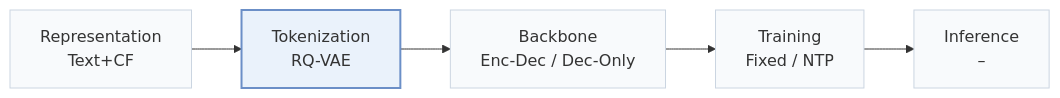
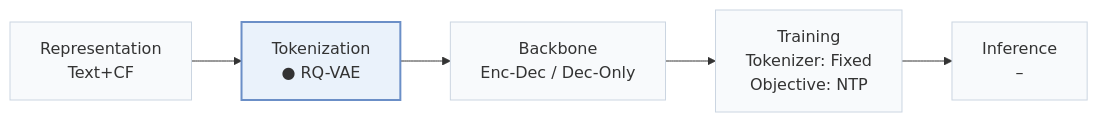
Before and after one commit to Galaxy-ghost/Awesome-SID-Generative-Rec: the first of 2 diagrams in pages/papers/dact.md, drawn with Mermaid. The commit also changed other lines of this file and 558 other files, not shown here.

````diff
--- a/pages/papers/dact.md
+++ b/pages/papers/dact.md
@@ -15,8 +19,8 @@
 ```mermaid
 flowchart LR
-    R["Representation<br/>Text+CF"] --> T["Tokenization<br/>RQ-VAE"] --> B["Backbone<br/>Enc-Dec / Dec-Only"] --> TR["Training<br/>Fixed / NTP"] --> I["Inference<br/>–"]
+    R["Representation<br/>Text+CF"] --> T["Tokenization<br/>● RQ-VAE"] --> B["Backbone<br/>Enc-Dec / Dec-Only"] --> TR["Training<br/>Tokenizer: Fixed<br/>Objective: NTP"] --> I["Inference<br/>–"]
     classDef base fill:#f8fafc,stroke:#cbd5e1
     class R,T,B,TR,I base
     classDef main fill:#eaf2fb,stroke:#6b8fc7,stroke-width:2px
     class T main
 ```
````
